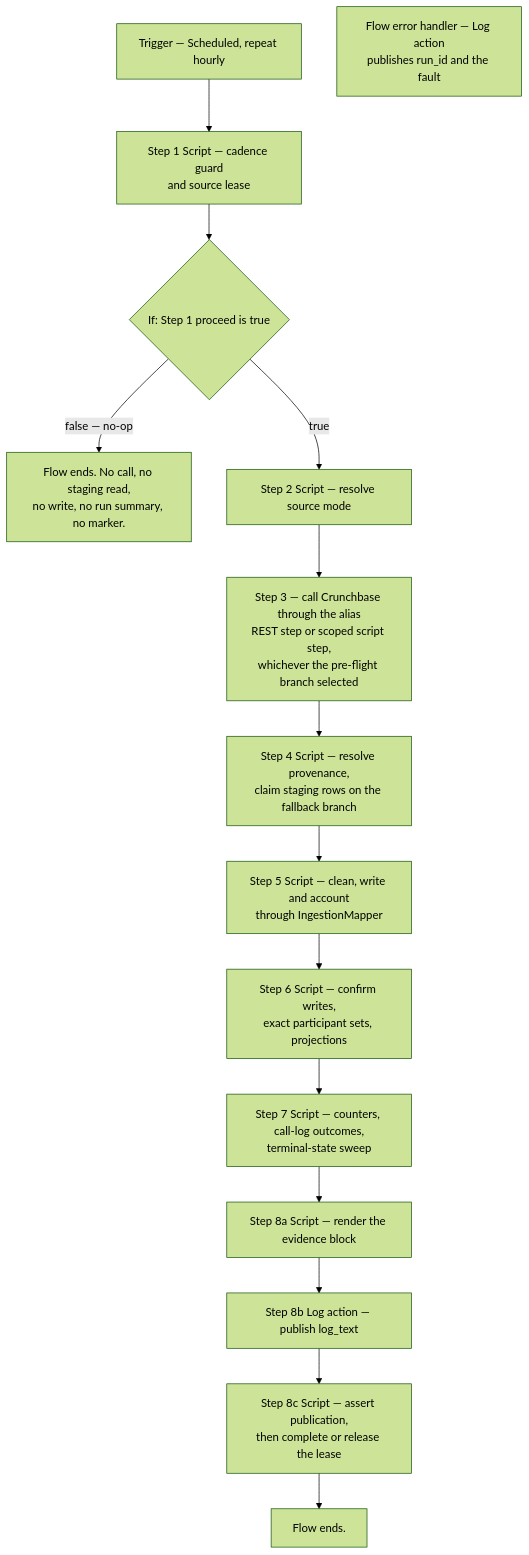
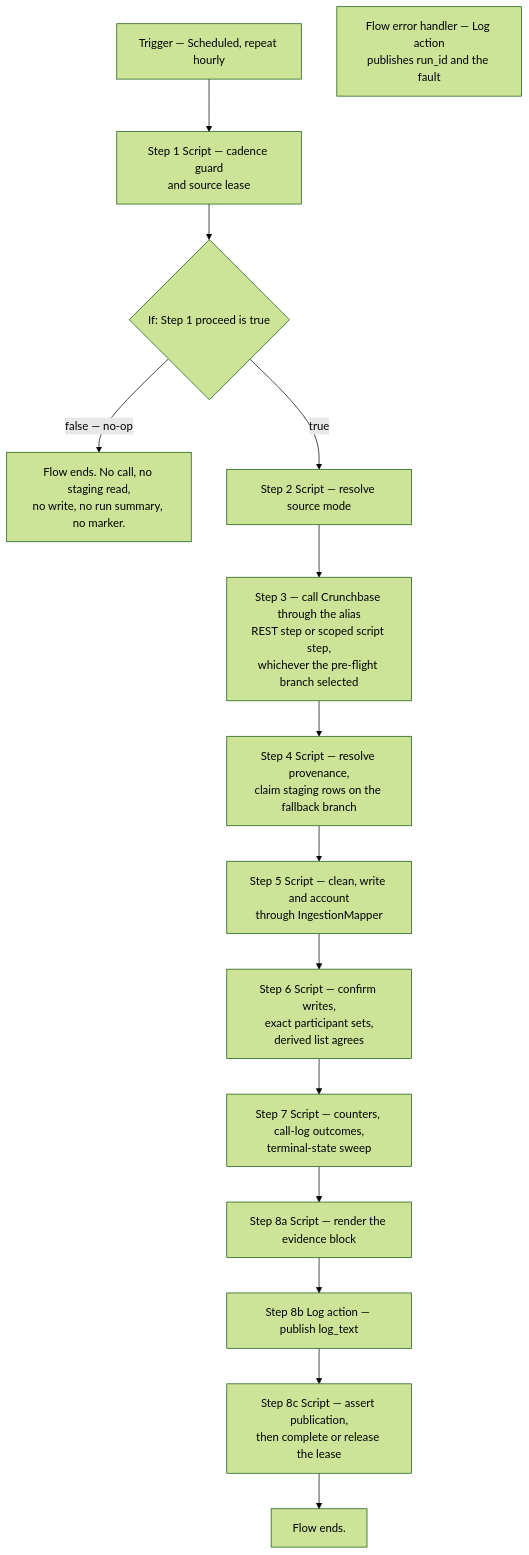
Before and after one commit to blitzy-public-samples/boston-startup-tracker-t28nax: the diagram in servicenow-startup-tracker-poc/docs/manual-build/02-flow-crunchbase-ingestion.md, drawn with Mermaid (forest theme). The commit also changed other lines of this file and 24 other files, not shown here.

````diff
--- a/servicenow-startup-tracker-poc/docs/manual-build/02-flow-crunchbase-ingestion.md
+++ b/servicenow-startup-tracker-poc/docs/manual-build/02-flow-crunchbase-ingestion.md
@@ -143,17 +143,17 @@
 ```mermaid
 flowchart TD
     T["Trigger — Scheduled, repeat hourly"] --> S1["Step 1 Script — cadence guard<br/>and source lease"]
     S1 --> IF{"If: Step 1 proceed is true"}
     IF -->|"false — no-op"| END1["Flow ends. No call, no staging read,<br/>no write, no run summary, no marker."]
     IF -->|"true"| S2["Step 2 Script — resolve source mode"]
     S2 --> S3["Step 3 — call Crunchbase through the alias<br/>REST step or scoped script step,<br/>whichever the pre-flight branch selected"]
     S3 --> S4["Step 4 Script — resolve provenance,<br/>claim staging rows on the fallback branch"]
     S4 --> S5["Step 5 Script — clean, write and account<br/>through IngestionMapper"]
-    S5 --> S6["Step 6 Script — confirm writes,<br/>exact participant sets, projections"]
+    S5 --> S6["Step 6 Script — confirm writes,<br/>exact participant sets,<br/>derived list agrees"]
     S6 --> S7["Step 7 Script — counters, call-log outcomes,<br/>terminal-state sweep"]
     S7 --> S8A["Step 8a Script — render the evidence block"]
     S8A --> S8B["Step 8b Log action — publish log_text"]
     S8B --> S8C["Step 8c Script — assert publication,<br/>then complete or release the lease"]
     S8C --> END2["Flow ends."]
     ERR["Flow error handler — Log action<br/>publishes run_id and the fault"]
 ```
````
